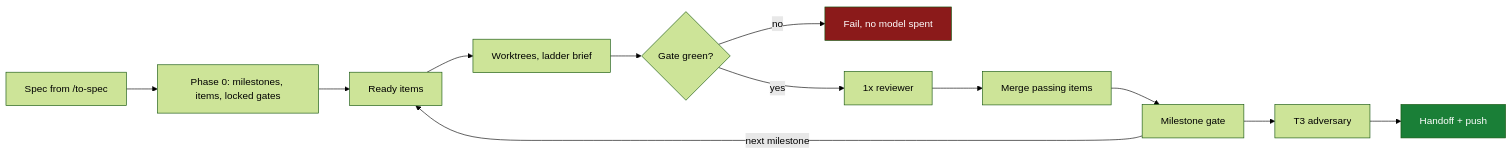
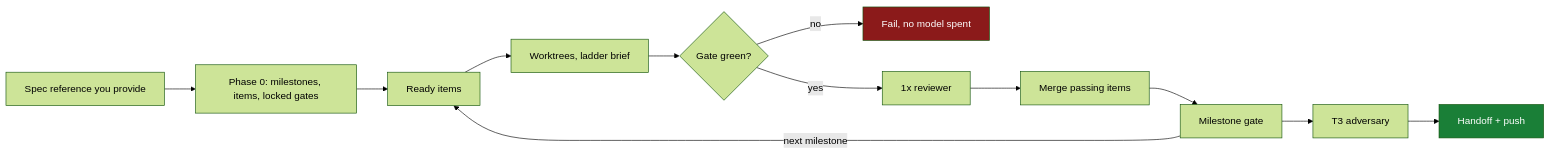
Before and after one commit to vraj-ai/skills: the first of 2 diagrams in README.md, drawn with Mermaid (forest theme). The commit also changed other lines of this file and 14 other files, not shown here.

````diff
--- a/README.md
+++ b/README.md
@@ -99,17 +95,17 @@
 ```mermaid
 flowchart LR
-    Spec[Spec from /to-spec] --> P0[Phase 0: milestones, items, locked gates]
+    Spec[Spec reference you provide] --> P0[Phase 0: milestones, items, locked gates]
     P0 --> Loop[Ready items]
     Loop --> W[Worktrees, ladder brief]
     W --> G{Gate green?}
     G -->|no| Fail[Fail, no model spent]
     G -->|yes| R[1x reviewer]
     R --> M[Merge passing items]
     M --> MG[Milestone gate]
     MG -->|next milestone| Loop
     MG --> T3[T3 adversary]
     T3 --> D[Handoff + push]
 
     style D fill:#1a7f37,color:#fff
     style Fail fill:#8b1a1a,color:#fff
 ```
````
